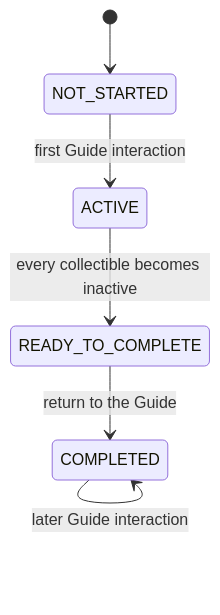
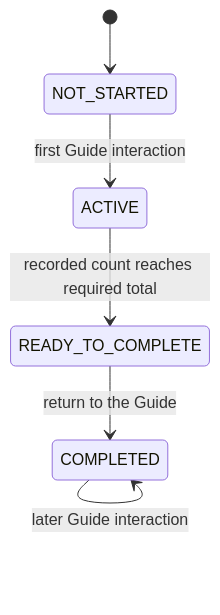
One commit to VincentMardon/my_first_adventure_game changed the diagram in docs/architecture/progression.md. Above: the diagram before and after it, drawn with Mermaid. The commit also changed other lines of this file and 10 other files, not shown here.

````diff
--- a/docs/architecture/progression.md
+++ b/docs/architecture/progression.md
@@ -61,8 +65,8 @@
 ```mermaid
 stateDiagram-v2
     [*] --> NOT_STARTED
     NOT_STARTED --> ACTIVE: first Guide interaction
-    ACTIVE --> READY_TO_COMPLETE: every collectible becomes inactive
+    ACTIVE --> READY_TO_COMPLETE: recorded count reaches required total
     READY_TO_COMPLETE --> COMPLETED: return to the Guide
     COMPLETED --> COMPLETED: later Guide interaction
 ```
````
